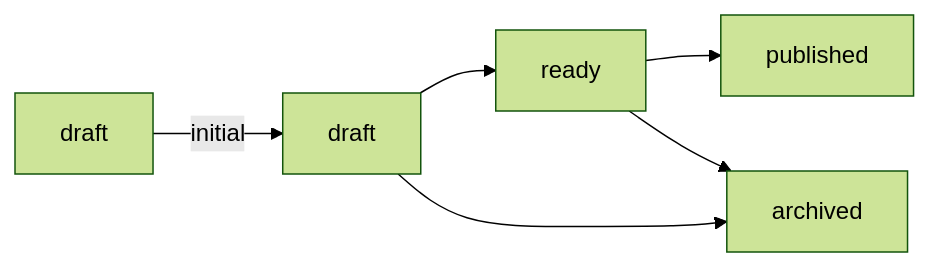
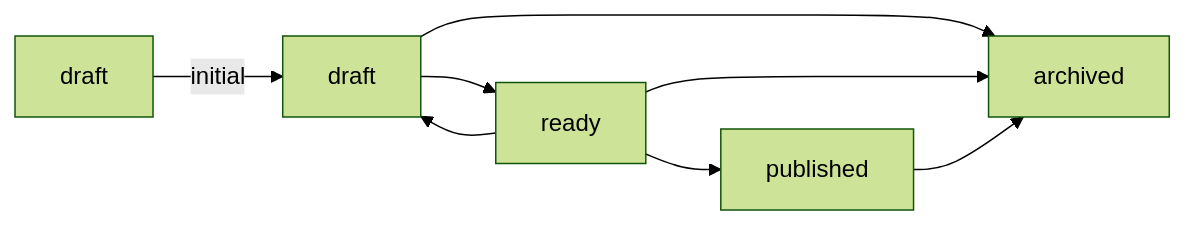
One commit to Koopa0/yomihon changed the diagram in examples/vault/Notes/中文/status 的生命週期.md. Above: the diagram before and after it, drawn with Mermaid (forest theme). The commit also changed other lines of this file and 24 other files, not shown here.

````diff
--- a/examples/vault/Notes/中文/status 的生命週期.md
+++ b/examples/vault/Notes/中文/status 的生命週期.md
@@ -13,8 +12,10 @@
 ```mermaid
 flowchart LR
   draft -->|initial| draft2[draft]
   draft2 --> ready
+  ready --> draft2
   ready --> published
   draft2 --> archived
   ready --> archived
+  published --> archived
 ```
````
